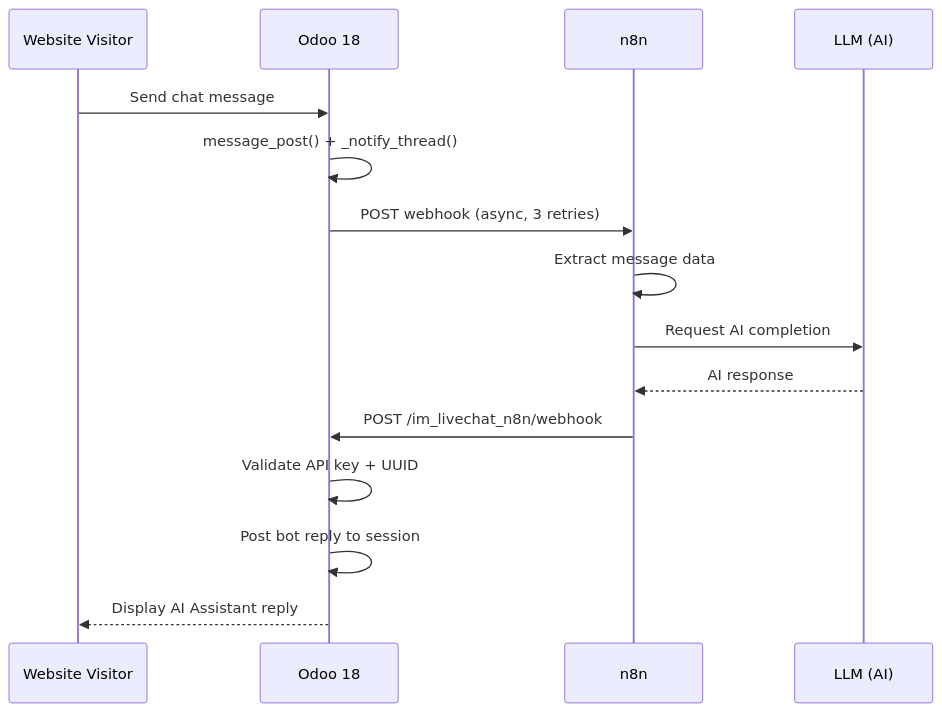
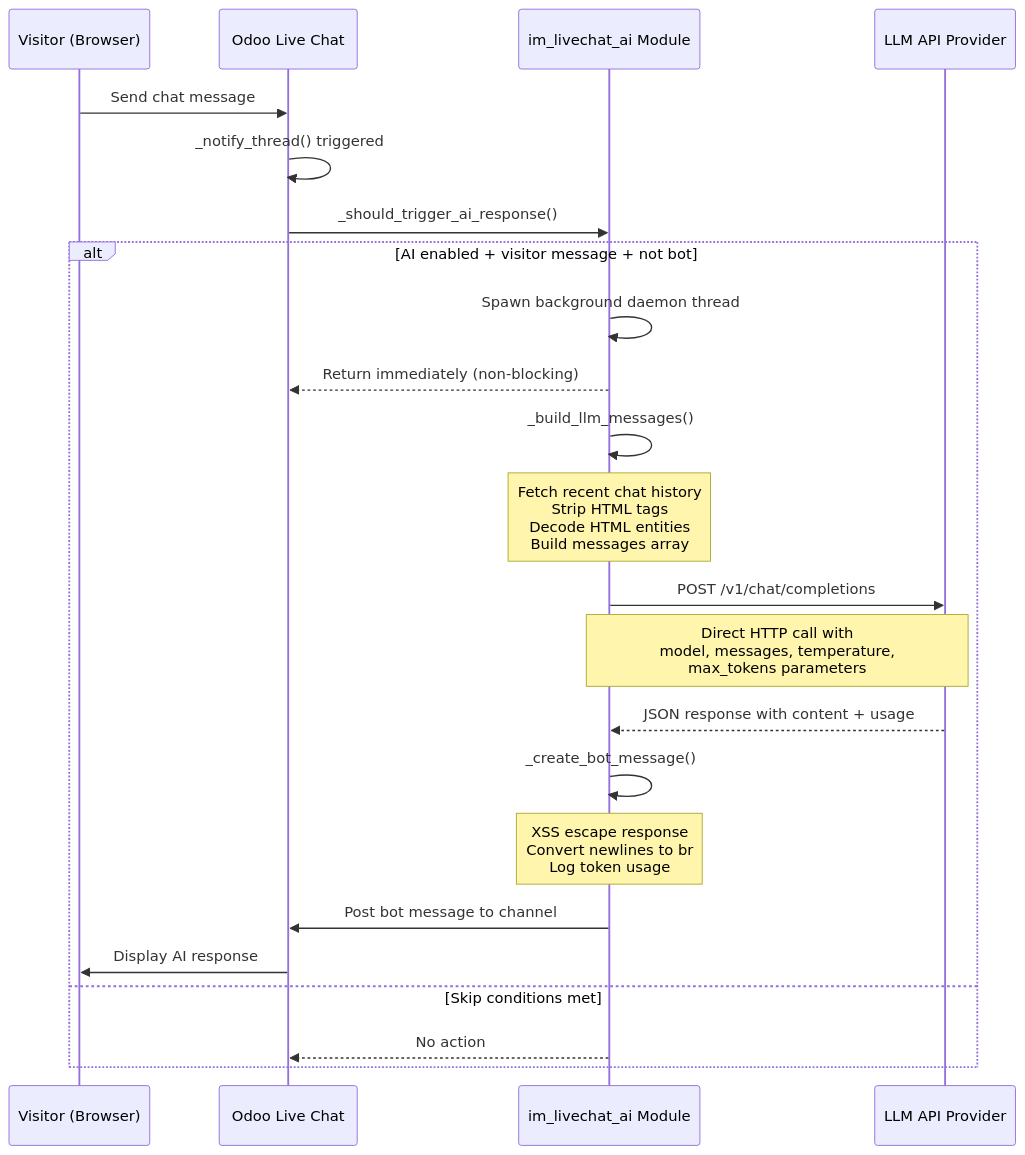
Before and after one commit to WOOWTECH/Woow_odoo_ai_livechat: the first of 2 diagrams in README.md, drawn with Mermaid. The commit also changed other lines of this file and 62 other files, not shown here.

First line of the commit message:
Remove all n8n content, rewrite documentation for im_livechat_ai

````diff
--- a/README.md
+++ b/README.md
@@ -104,18 +78,32 @@
 ```mermaid
 sequenceDiagram
-    participant V as Website Visitor
-    participant O as Odoo 18
-    participant N as n8n
-    participant L as LLM (AI)
+    participant V as Visitor (Browser)
+    participant O as Odoo Live Chat
+    participant AI as im_livechat_ai Module
+    participant LLM as LLM API Provider
 
     V->>O: Send chat message
-    O->>O: message_post() + _notify_thread()
-    O->>N: POST webhook (async, 3 retries)
-    N->>N: Extract message data
-    N->>L: Request AI completion
-    L-->>N: AI response
-    N->>O: POST /im_livechat_n8n/webhook
-    O->>O: Validate API key + UUID
-    O->>O: Post bot reply to session
-    O-->>V: Display AI Assistant reply
+    O->>O: _notify_thread() triggered
+    O->>AI: _should_trigger_ai_response()
+
+    alt AI enabled + visitor message + not bot
+        AI->>AI: Spawn background daemon thread
+        AI-->>O: Return immediately (non-blocking)
+
+        AI->>AI: _build_llm_messages()
+        Note over AI: Fetch recent chat history<br/>Strip HTML tags<br/>Decode HTML entities<br/>Build messages array
+
+        AI->>LLM: POST /v1/chat/completions
+        Note over AI,LLM: Direct HTTP call with<br/>model, messages, temperature,<br/>max_tokens parameters
+
+        LLM-->>AI: JSON response with content + usage
+
+        AI->>AI: _create_bot_message()
+        Note over AI: XSS escape response<br/>Convert newlines to br<br/>Log token usage
+
+        AI->>O: Post bot message to channel
+        O->>V: Display AI response
+    else Skip conditions met
+        AI-->>O: No action
+    end
 ```
````
